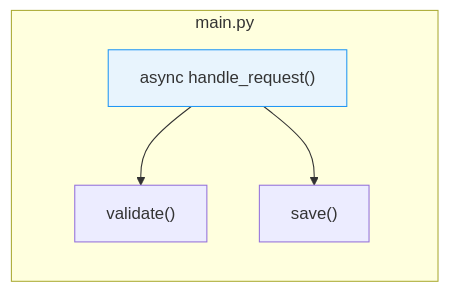
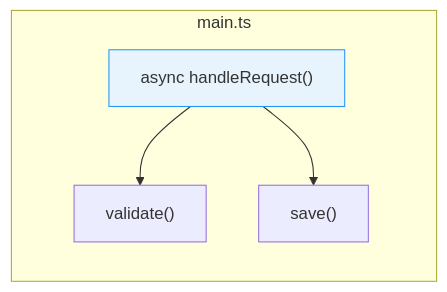
Before and after one commit to yashrandive11/spartastruct: the third of 3 diagrams in README.md, drawn with Mermaid. The commit also changed other lines of this file and 2 other files, not shown here.

````diff
--- a/README.md
+++ b/README.md
@@ -171,11 +171,11 @@
 ```mermaid
 graph LR
-    subgraph main["main.py"]
-        fn0["async handle_request()"]:::async
+    subgraph main["main.ts"]
+        fn0["async handleRequest()"]:::async
         fn1["validate()"]
         fn2["save()"]
         fn0 --> fn1
         fn0 --> fn2
     end
     classDef async fill:#e8f4fd,stroke:#2196f3
 ```
````
